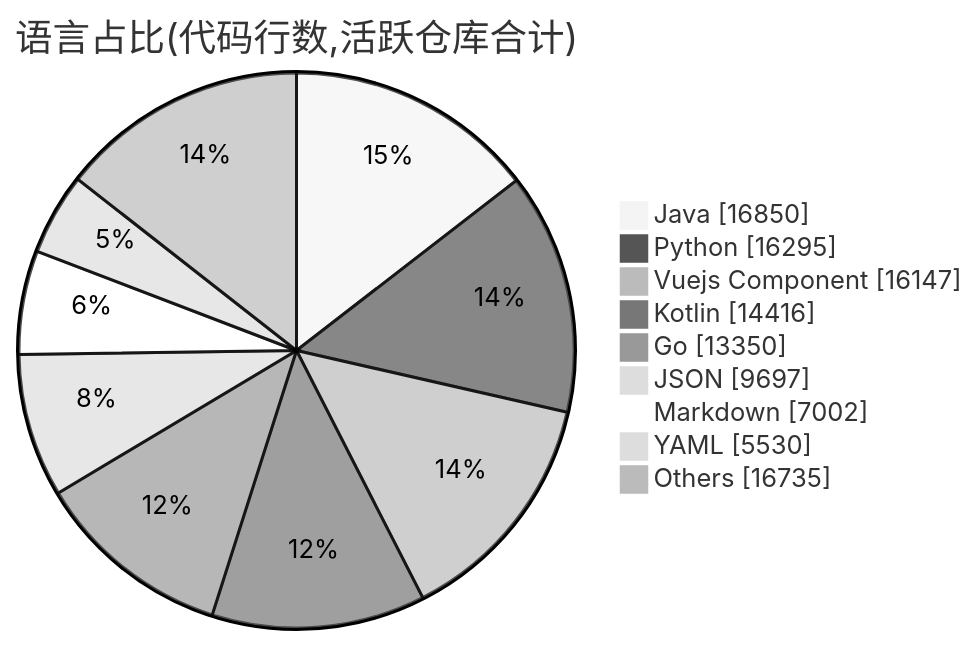
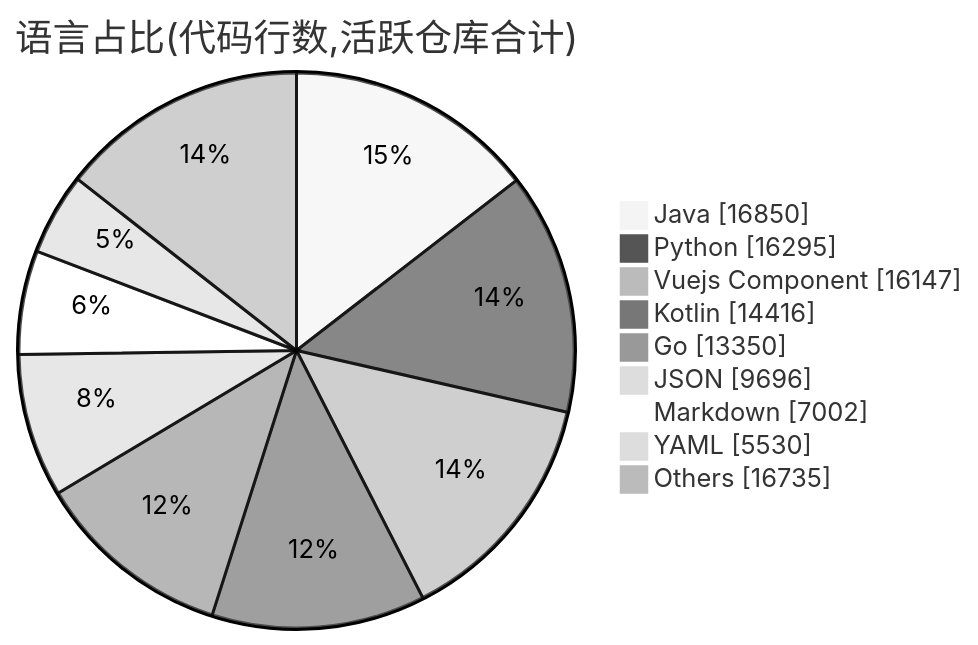
The second of 2 diagrams in profile/README.md (Conflux-Union/.github), drawn with Mermaid (neutral theme) before and after one commit. The commit also changed other lines of this file and 1 other file, not shown here.

````diff
--- a/profile/README.md
+++ b/profile/README.md
@@ -78,13 +78,13 @@
 ```mermaid
 pie showData
     title 语言占比(代码行数,活跃仓库合计)
     "Java" : 16850
     "Python" : 16295
     "Vuejs Component" : 16147
     "Kotlin" : 14416
     "Go" : 13350
-    "JSON" : 9697
+    "JSON" : 9696
     "Markdown" : 7002
     "YAML" : 5530
     "Others" : 16735
 ```
````
